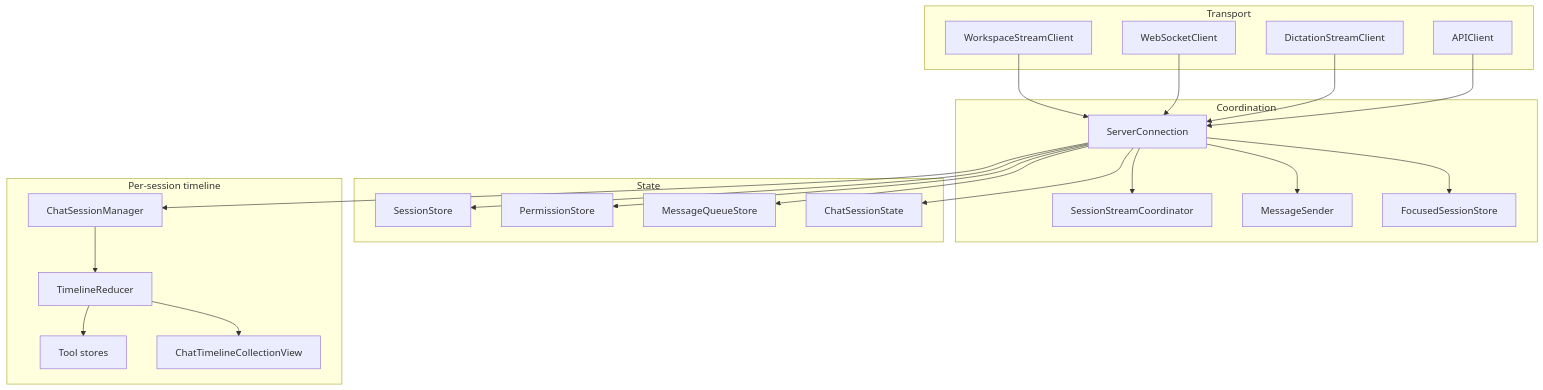
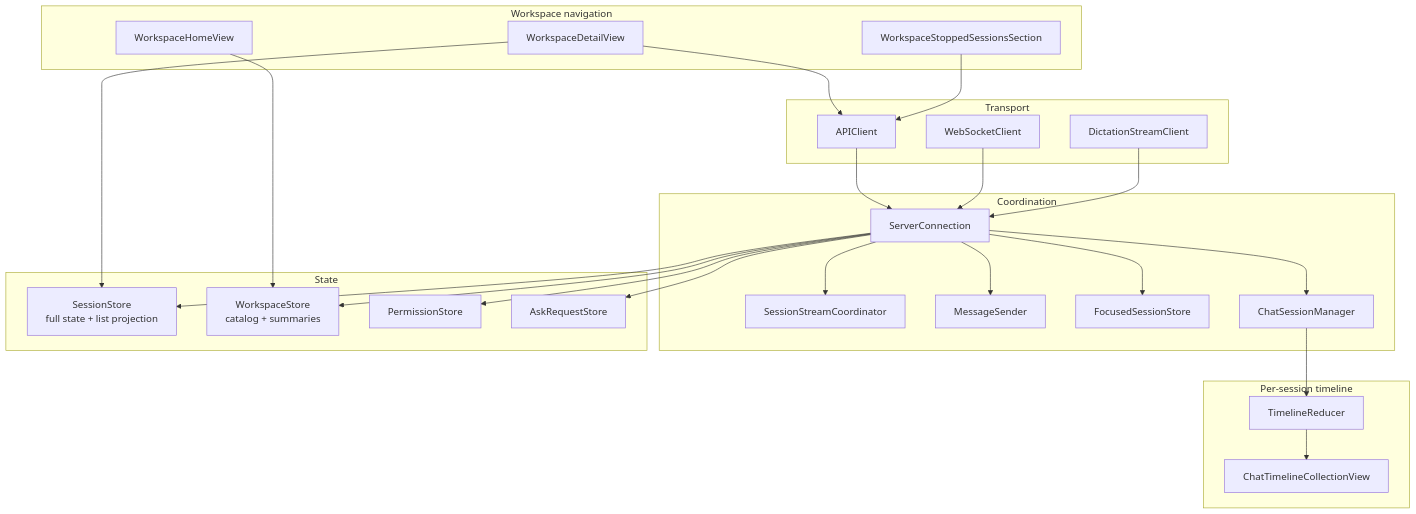
The fifth of 6 diagrams in docs/architecture.md (duh17/oppi), drawn with Mermaid before and after one commit. The commit also changed other lines of this file and 81 other files, not shown here.

````diff
--- a/docs/architecture.md
+++ b/docs/architecture.md
@@ -119,46 +146,52 @@
 ```mermaid
 graph TD
   subgraph Transport[Transport]
-    WorkspaceClient[WorkspaceStreamClient]
+    API[APIClient]
     SessionClient[WebSocketClient]
     AudioClient[DictationStreamClient]
-    API[APIClient]
   end
 
   subgraph Coordination[Coordination]
     Connection[ServerConnection]
     StreamCoord[SessionStreamCoordinator]
     Sender[MessageSender]
     Focus[FocusedSessionStore]
+    ChatManager[ChatSessionManager]
   end
 
   subgraph State[State]
-    SessionStore[SessionStore]
+    SessionStore[SessionStore<br/>full state + list projection]
+    WorkspaceStore[WorkspaceStore<br/>catalog + summaries]
     PermissionStore[PermissionStore]
-    QueueStore[MessageQueueStore]
-    ChatState[ChatSessionState]
+    AskStore[AskRequestStore]
+  end
+
+  subgraph WorkspaceViews[Workspace navigation]
+    Home[WorkspaceHomeView]
+    Detail[WorkspaceDetailView]
+    Archive[WorkspaceStoppedSessionsSection]
   end
 
   subgraph Timeline[Per-session timeline]
-    ChatManager[ChatSessionManager]
     Reducer[TimelineReducer]
-    ToolStores[Tool stores]
     UIKit[ChatTimelineCollectionView]
   end
 
-  WorkspaceClient --> Connection
+  API --> Connection
   SessionClient --> Connection
   AudioClient --> Connection
-  API --> Connection
   Connection --> StreamCoord
   Connection --> Sender
   Connection --> Focus
   Connection --> SessionStore
+  Connection --> WorkspaceStore
   Connection --> PermissionStore
-  Connection --> QueueStore
-  Connection --> ChatState
+  Connection --> AskStore
   Connection --> ChatManager
+  Home --> WorkspaceStore
+  Detail --> SessionStore
+  Detail --> API
+  Archive --> API
   ChatManager --> Reducer
-  Reducer --> ToolStores
   Reducer --> UIKit
 ```
````
